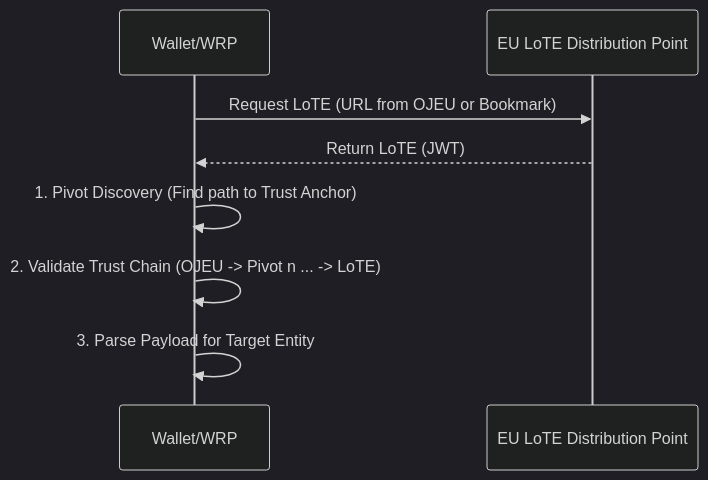
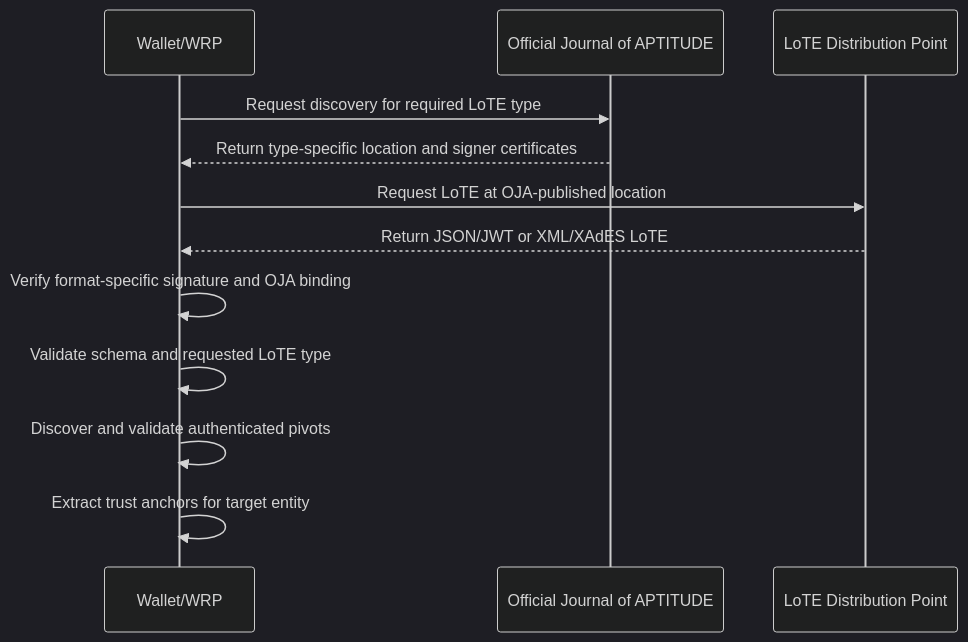
One commit to APTITUDE-Consortium/wp2-trust-specifications changed the first of 2 diagrams in docs/topics/trust-anchor-validation.md. Above: the diagram before and after it, drawn with Mermaid (dark theme). The commit also changed other lines of this file and 1 other file, not shown here.

Commit message:
chore: LoTE data model & validation for Aptitude profile

````diff
--- a/docs/topics/trust-anchor-validation.md
+++ b/docs/topics/trust-anchor-validation.md
@@ -32,11 +34,15 @@
 ```mermaid
 sequenceDiagram
   participant Client as Wallet/WRP
-  participant EU_API as EU LoTE Distribution Point
+  participant OJA as Official Journal of APTITUDE
+  participant Distribution as LoTE Distribution Point
 
-  Client->>EU_API: Request LoTE (URL from OJEU or Bookmark)
-  EU_API-->>Client: Return LoTE (JWT)
-  Client->>Client: 1. Pivot Discovery (Find path to Trust Anchor)
-  Client->>Client: 2. Validate Trust Chain (OJEU -> Pivot n ... -> LoTE)
-  Client->>Client: 3. Parse Payload for Target Entity
+  Client->>OJA: Request discovery for required LoTE type
+  OJA-->>Client: Return type-specific location and signer certificates
+  Client->>Distribution: Request LoTE at OJA-published location
+  Distribution-->>Client: Return JSON/JWT or XML/XAdES LoTE
+  Client->>Client: Verify format-specific signature and OJA binding
+  Client->>Client: Validate schema and requested LoTE type
+  Client->>Client: Discover and validate authenticated pivots
+  Client->>Client: Extract trust anchors for target entity
 ```
````
